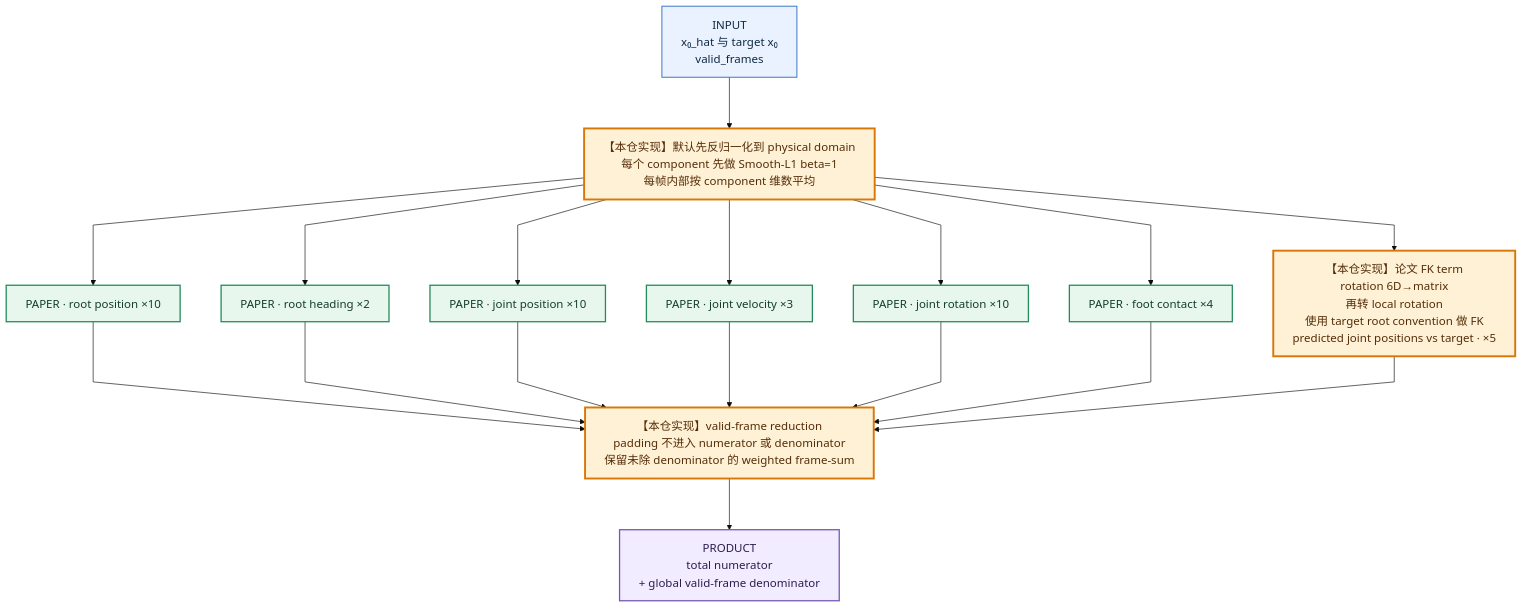
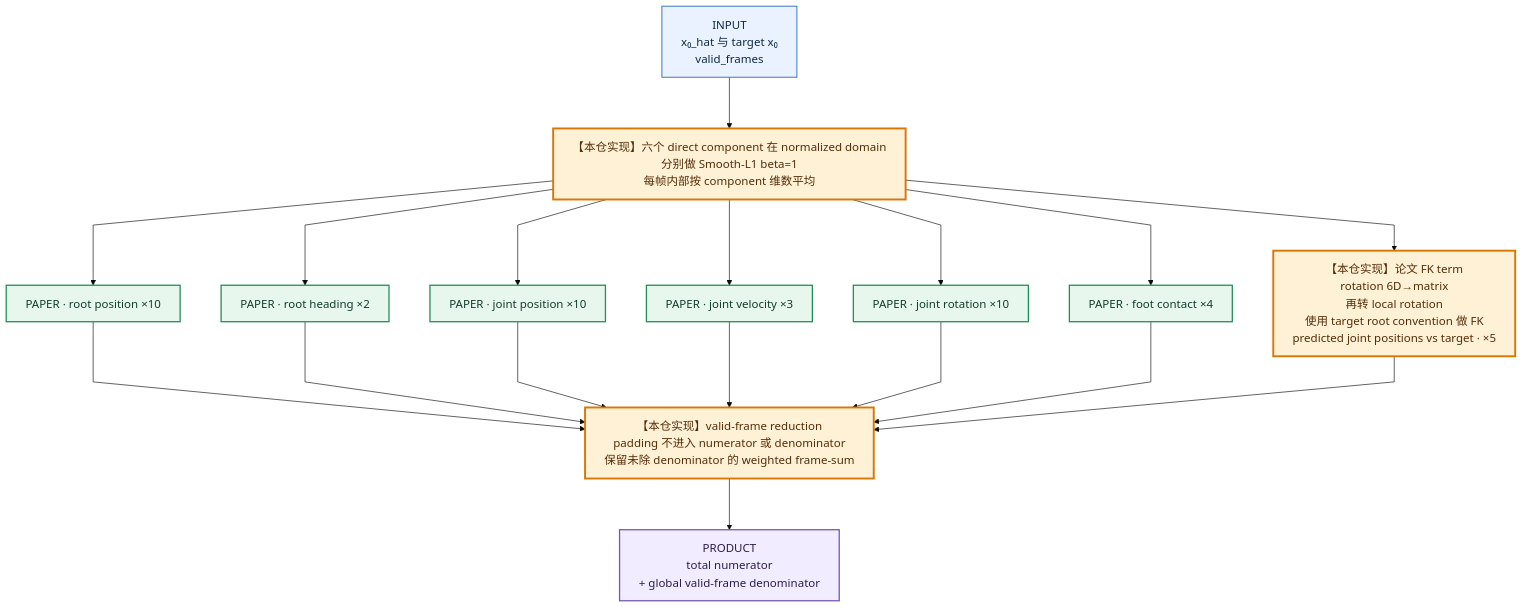
One commit to FrankPlusPlus/kimodo-reproduction changed the sixth of 7 diagrams in docs/two_stage_training_flow.md. Above: the diagram before and after it, drawn with Mermaid. The commit also changed other lines of this file and 43 other files, not shown here.

````diff
--- a/docs/two_stage_training_flow.md
+++ b/docs/two_stage_training_flow.md
@@ -248,30 +248,30 @@
 ```mermaid
 %%{init: {"theme":"base","flowchart":{"htmlLabels":true,"curve":"linear","useMaxWidth":false,"wrappingWidth":760,"diagramPadding":30,"nodeSpacing":64,"rankSpacing":80},"themeVariables":{"fontFamily":"Arial, Droid Sans Fallback, sans-serif","fontSize":"18px"},"themeCSS":".nodeLabel,.edgeLabel{text-align:center!important;line-height:1.7!important;padding:12px!important}.node foreignObject{overflow:visible!important}"}}%%
 flowchart TB
     classDef input fill:#EAF2FF,stroke:#3973C6,color:#102A43,stroke-width:1.5px;
     classDef paper fill:#E7F7ED,stroke:#228B5A,color:#143D2B,stroke-width:2px;
     classDef ours fill:#FFF1D6,stroke:#D97706,color:#542D08,stroke-width:3px;
     classDef product fill:#F1ECFF,stroke:#7457B5,color:#2D1D4E,stroke-width:2px;
 
     A["INPUT<br/>x₀_hat 与 target x₀<br/>valid_frames"]:::input
-    B["【本仓实现】默认先反归一化到 physical domain<br/>每个 component 先做 Smooth-L1 beta=1<br/>每帧内部按 component 维数平均"]:::ours
+    B["【本仓实现】六个 direct component 在 normalized domain<br/>分别做 Smooth-L1 beta=1<br/>每帧内部按 component 维数平均"]:::ours
     C["PAPER · root position ×10"]:::paper
     D["PAPER · root heading ×2"]:::paper
     E["PAPER · joint position ×10"]:::paper
     F["PAPER · joint velocity ×3"]:::paper
     G["PAPER · joint rotation ×10"]:::paper
     H["PAPER · foot contact ×4"]:::paper
     I["【本仓实现】论文 FK term<br/>rotation 6D→matrix<br/>再转 local rotation<br/>使用 target root convention 做 FK<br/>predicted joint positions vs target · ×5"]:::ours
     J["【本仓实现】valid-frame reduction<br/>padding 不进入 numerator 或 denominator<br/>保留未除 denominator 的 weighted frame-sum"]:::ours
     K["PRODUCT<br/>total numerator<br/>+ global valid-frame denominator"]:::product
 
     A --> B
     B --> C --> J
     B --> D --> J
     B --> E --> J
     B --> F --> J
     B --> G --> J
     B --> H --> J
     B --> I --> J
     J --> K
 ```
````
